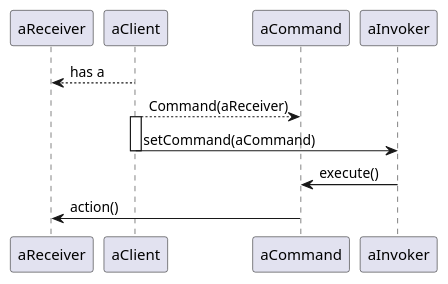
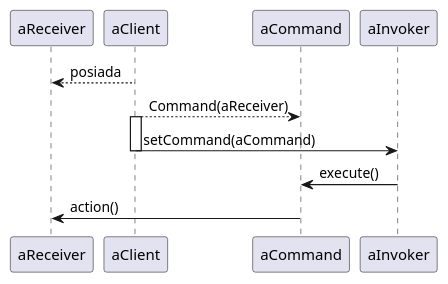
One commit to asvid/asvid.github.io changed the second of 2 diagrams in _drafts/2021-08-22-kotlin-command-pattern.md. Above: the diagram before and after it, drawn with PlantUML. The commit also changed other lines of this file and 2 other files, not shown here.

```diff
--- a/_drafts/2021-08-22-kotlin-command-pattern.md
+++ b/_drafts/2021-08-22-kotlin-command-pattern.md
@@ -87,14 +87,14 @@
 {% plantuml %}
 @startuml
 
 participant aReceiver
-aClient --> aReceiver : has a
+aClient --> aReceiver : posiada
 aClient --> aCommand: Command(aReceiver)
 activate aClient
 aClient -> aInvoker : setCommand(aCommand)
 deactivate aClient
 aInvoker -> aCommand : execute()
 aCommand -> aReceiver : action()
 
 @enduml
 {% endplantuml %}
```
